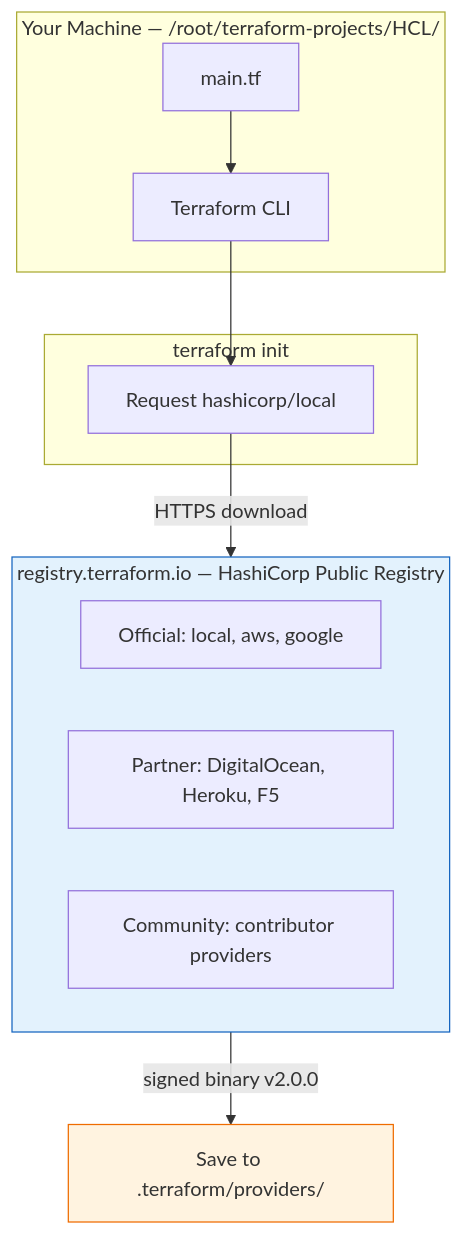
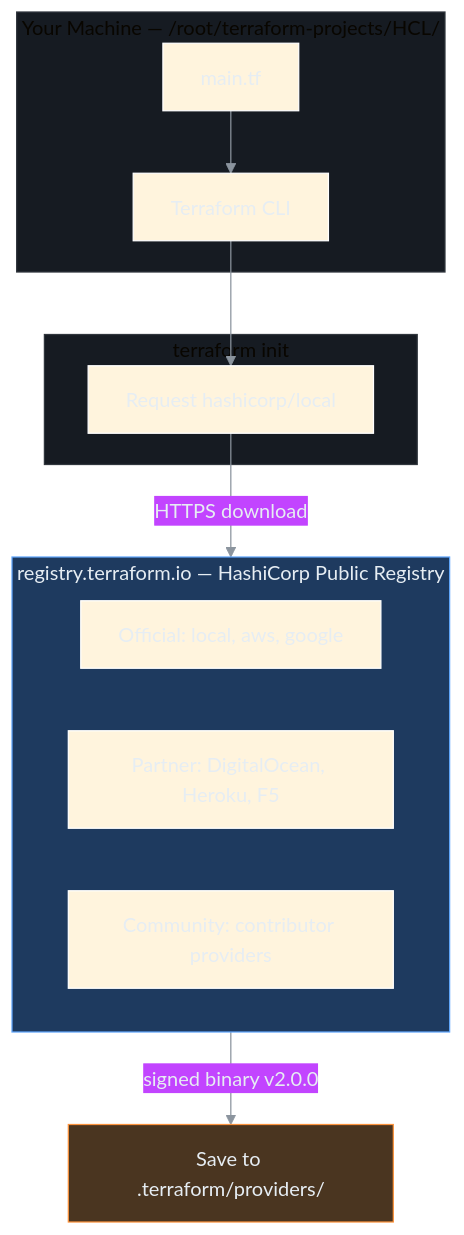
One commit to nirajp82/Terraform_Basics changed the fourth of 9 diagrams in 04_Core_Terraform_Basics/01_Terraform_Provider.md. Above: the diagram before and after it, drawn with Mermaid. The commit also changed other lines of this file and 1 other file, not shown here.

Commit message:
Update Diagram

````diff
--- a/04_Core_Terraform_Basics/01_Terraform_Provider.md
+++ b/04_Core_Terraform_Basics/01_Terraform_Provider.md
@@ -105,25 +113,28 @@
 ```mermaid
+%%{init: {'theme': 'base', 'themeVariables': {'darkMode': true, 'background': 'transparent', 'primaryTextColor': '#e6edf3', 'lineColor': '#8b949e', 'clusterBkg': '#161b22', 'clusterBorder': '#30363d'}}}%%
 flowchart TB
     subgraph MACHINE["Your Machine — /root/terraform-projects/HCL/"]
         TF["main.tf"]
         CLI["Terraform CLI"]
         TF --> CLI
     end
 
     subgraph INIT["terraform init"]
         REQ["Request hashicorp/local"]
     end
 
     subgraph REGISTRY["registry.terraform.io — HashiCorp Public Registry"]
         OFF["Official: local, aws, google"]
         PART["Partner: DigitalOcean, Heroku, F5"]
         COMM["Community: contributor providers"]
     end
 
     CLI --> REQ
     REQ -->|HTTPS download| REGISTRY
     REGISTRY -->|signed binary v2.0.0| SAVE["Save to .terraform/providers/"]
 
-    style REGISTRY fill:#e3f2fd,stroke:#1565c0
-    style SAVE fill:#fff3e0,stroke:#ef6c00
+    classDef info fill:#1e3a5f,stroke:#60a5fa,color:#e6edf3
+    classDef warn fill:#4a3520,stroke:#fb923c,color:#e6edf3
+    class REGISTRY info
+    class SAVE warn
 ```
````
